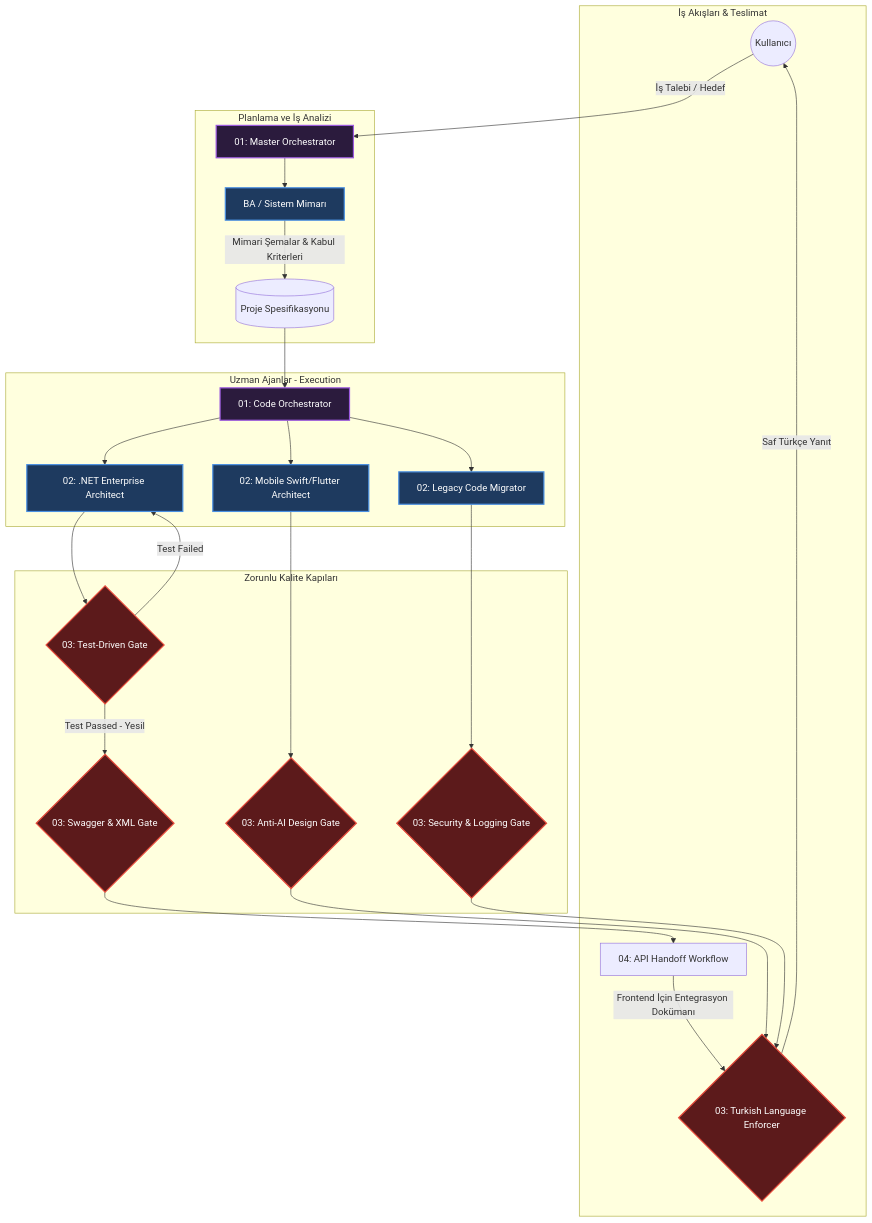
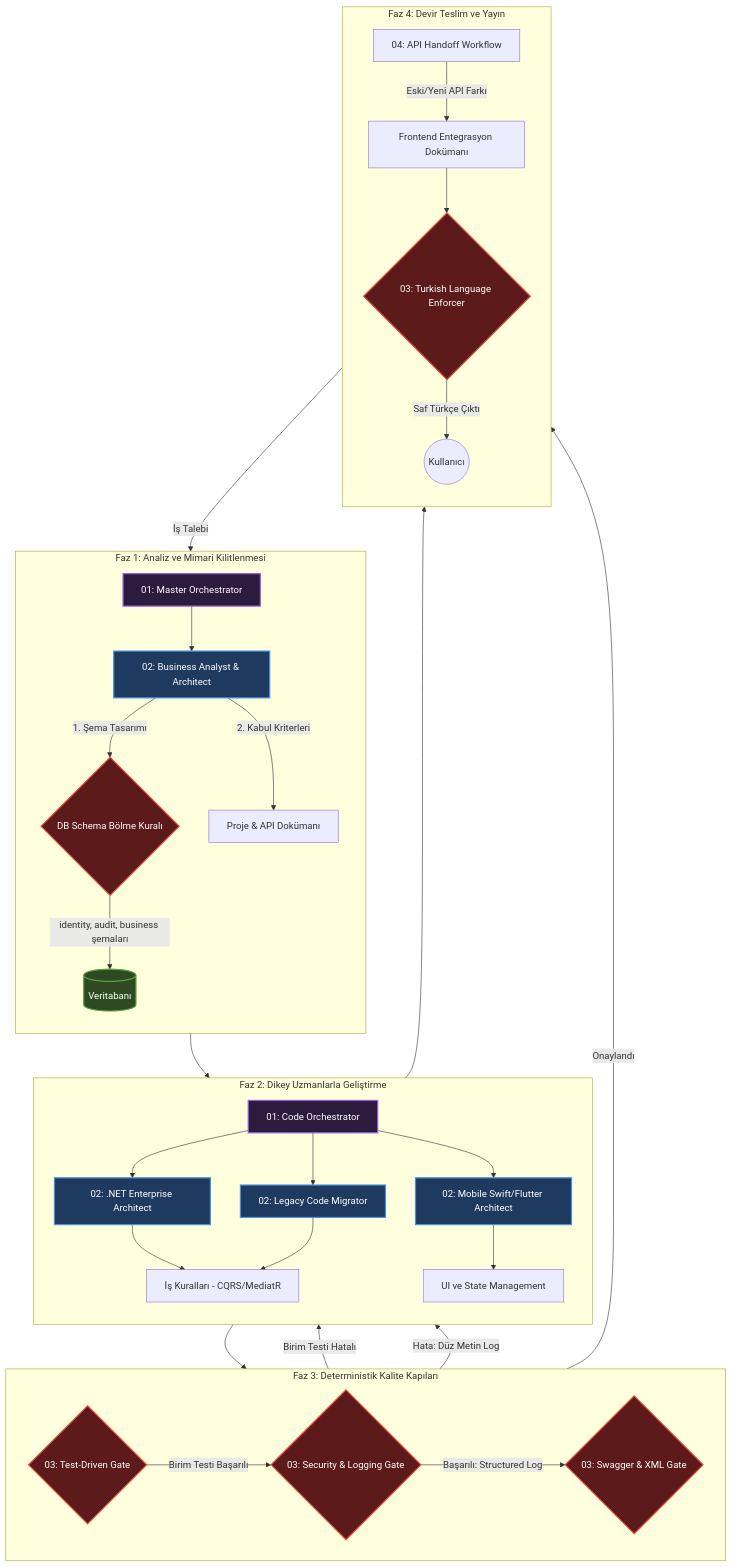
The diagram in README.md (GktuOktay/ai-skills), drawn with Mermaid before and after one commit. The commit also changed other lines of this file and 10 other files, not shown here.

Commit message:
docs: enrich mermaid diagrams and provide full bilingual (TR/EN) documentation

````diff
--- a/README.md
+++ b/README.md
@@ -13,41 +8,60 @@
 ```mermaid
 flowchart TB
-    User((Kullanıcı)) -->|İş Talebi / Hedef| MO[01: Master Orchestrator]
-    
-    subgraph Planning [Planlama ve İş Analizi]
-        MO --> BA[BA / Sistem Mimarı]
-        BA -->|Mimari Şemalar & Kabul Kriterleri| Spec[(Proje Spesifikasyonu)]
+    %% Kullanici İstegi
+    User((Kullanıcı)) -->|İş Talebi| MO[01: Master Orchestrator]
+
+    %% Faz 1: Analiz ve Mimari
+    subgraph Phase1 [Faz 1: Analiz ve Mimari Kilitlenmesi]
+        direction TB
+        MO --> BA[02: Business Analyst & Architect]
+        BA -->|1. Şema Tasarımı| DB_Gate{DB Schema Bölme Kuralı}
+        DB_Gate -->|identity, audit, business şemaları| DB[(Veritabanı)]
+        BA -->|2. Kabul Kriterleri| Spec[Proje & API Dokümanı]
     end
 
-    subgraph Execution [Uzman Ajanlar - Execution]
+    %% Faz 2: Geliştirme (Execution)
+    subgraph Phase2 [Faz 2: Dikey Uzmanlarla Geliştirme]
+        direction TB
         Spec --> CO[01: Code Orchestrator]
         CO --> Backend[02: .NET Enterprise Architect]
-        CO --> Mobile[02: Mobile Swift/Flutter Architect]
+        CO --> Frontend[02: Mobile Swift/Flutter Architect]
         CO --> Migrator[02: Legacy Code Migrator]
+        
+        Backend --> Logic[İş Kuralları - CQRS/MediatR]
+        Migrator --> Logic
+        Frontend --> UI[UI ve State Management]
     end
 
-    subgraph QualityGates [Zorunlu Kalite Kapıları]
-        Backend --> TDD{03: Test-Driven Gate}
-        Mobile --> UI{03: Anti-AI Design Gate}
-        Migrator --> Sec{03: Security & Logging Gate}
+    %% Faz 3: Kalite Kapıları
+    subgraph Phase3 [Faz 3: Deterministik Kalite Kapıları]
+        direction LR
+        Logic --> TDD{03: Test-Driven Gate}
+        TDD -->|Birim Testi Hatalı| Backend
+        TDD -->|Birim Testi Başarılı| Sec{03: Security & Logging Gate}
         
-        TDD -->|Test Failed| Backend
-        TDD -->|Test Passed - Yesil| API_Docs
+        Sec -->|Hata: Düz Metin Log| Backend
+        Sec -->|Başarılı: Structured Log| Swagger{03: Swagger & XML Gate}
     end
 
-    subgraph Output [İş Akışları & Teslimat]
-        API_Docs{03: Swagger & XML Gate} --> Handoff[04: API Handoff Workflow]
-        Handoff -->|Frontend İçin Entegrasyon Dokümanı| FinalCheck
-        UI --> FinalCheck
-        Sec --> FinalCheck
-        FinalCheck{03: Turkish Language Enforcer} -->|Saf Türkçe Yanıt| User
+    %% Faz 4: Teslimat
+    subgraph Phase4 [Faz 4: Devir Teslim ve Yayın]
+        direction TB
+        Swagger -->|Onaylandı| Handoff[04: API Handoff Workflow]
+        Handoff -->|Eski/Yeni API Farkı| UIDocs[Frontend Entegrasyon Dokümanı]
+        
+        UIDocs --> LangGate{03: Turkish Language Enforcer}
+        UI --> LangGate
+        LangGate -->|Saf Türkçe Çıktı| User
     end
-    
+
+    %% Stiller
     classDef orchestrator fill:#2b1b3d,stroke:#9d5bdf,stroke-width:2px,color:#fff
-    classDef agent fill:#1e3a5f,stroke:#4a90e2,stroke-width:2px,color:#fff
+    classDef specialist fill:#1e3a5f,stroke:#4a90e2,stroke-width:2px,color:#fff
     classDef gate fill:#5c1a1b,stroke:#e74c3c,stroke-width:2px,color:#fff
+    classDef database fill:#2d4a22,stroke:#5c9e42,stroke-width:2px,color:#fff
     
     class MO,CO orchestrator
-    class BA,Backend,Mobile,Migrator agent
-    class TDD,UI,Sec,API_Docs,FinalCheck gate
+    class BA,Backend,Frontend,Migrator specialist
+    class DB_Gate,TDD,Sec,Swagger,LangGate gate
+    class DB database
 ```
````
